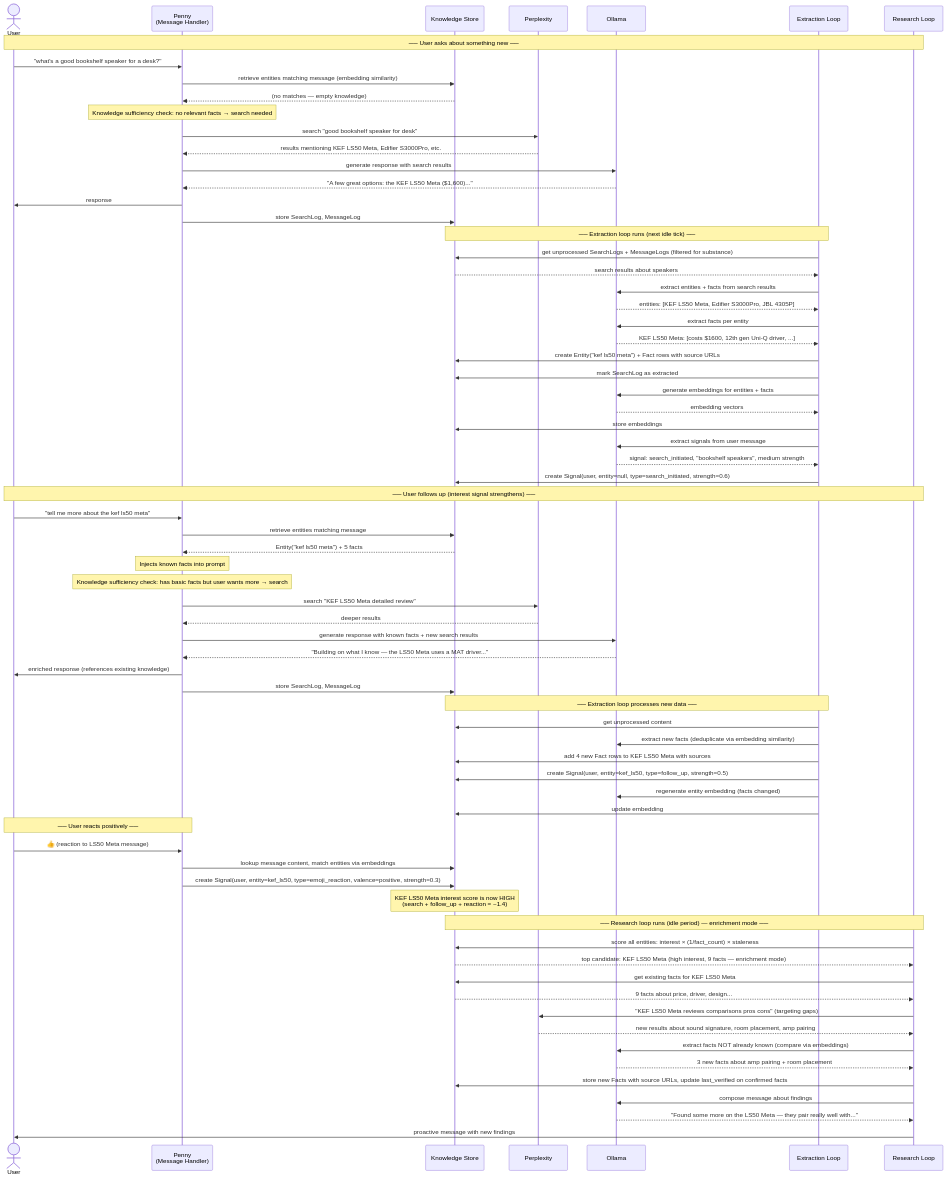
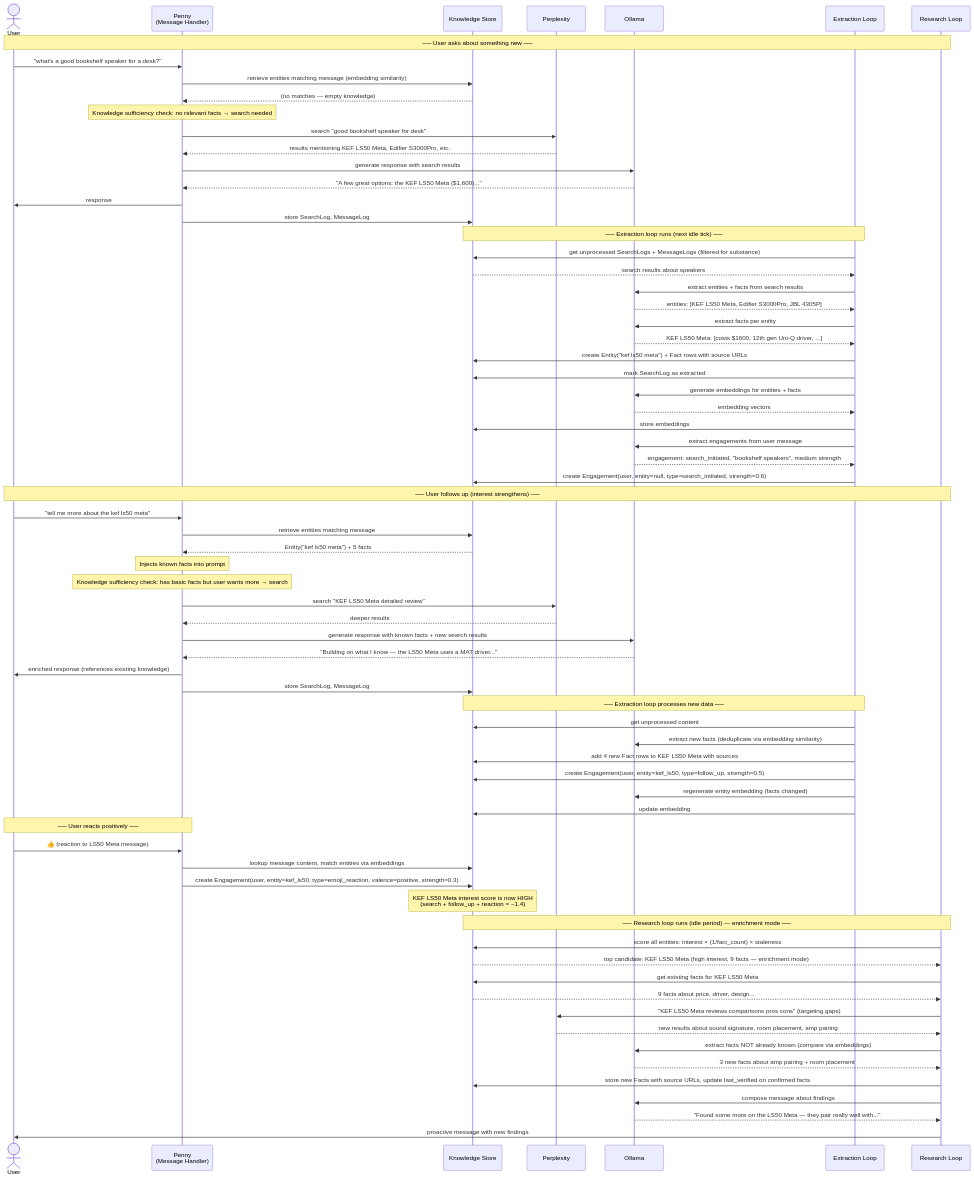
One commit to jaredlockhart/penny changed the first of 6 diagrams in docs/knowledge-system-flows.md. Above: the diagram before and after it, drawn with Mermaid. The commit also changed other lines of this file and 32 other files, not shown here.

```diff
--- a/docs/knowledge-system-flows.md
+++ b/docs/knowledge-system-flows.md
@@ -40,11 +40,11 @@
     Extract->>LLM: generate embeddings for entities + facts
     LLM-->>Extract: embedding vectors
     Extract->>DB: store embeddings
-    Extract->>LLM: extract signals from user message
-    LLM-->>Extract: signal: search_initiated, "bookshelf speakers", medium strength
-    Extract->>DB: create Signal(user, entity=null, type=search_initiated, strength=0.6)
+    Extract->>LLM: extract engagements from user message
+    LLM-->>Extract: engagement: search_initiated, "bookshelf speakers", medium strength
+    Extract->>DB: create Engagement(user, entity=null, type=search_initiated, strength=0.6)
 
-    Note over User,Research: ── User follows up (interest signal strengthens) ──
+    Note over User,Research: ── User follows up (interest strengthens) ──
 
     User->>Penny: "tell me more about the kef ls50 meta"
     Penny->>DB: retrieve entities matching message
@@ -63,7 +63,7 @@
     Extract->>DB: get unprocessed content
     Extract->>LLM: extract new facts (deduplicate via embedding similarity)
     Extract->>DB: add 4 new Fact rows to KEF LS50 Meta with sources
-    Extract->>DB: create Signal(user, entity=kef_ls50, type=follow_up, strength=0.5)
+    Extract->>DB: create Engagement(user, entity=kef_ls50, type=follow_up, strength=0.5)
     Extract->>LLM: regenerate entity embedding (facts changed)
     Extract->>DB: update embedding
 
@@ -71,7 +71,7 @@
 
     User->>Penny: 👍 (reaction to LS50 Meta message)
     Penny->>DB: lookup message content, match entities via embeddings
-    Penny->>DB: create Signal(user, entity=kef_ls50, type=emoji_reaction, valence=positive, strength=0.3)
+    Penny->>DB: create Engagement(user, entity=kef_ls50, type=emoji_reaction, valence=positive, strength=0.3)
 
     Note over DB: KEF LS50 Meta interest score is now HIGH<br/>(search + follow_up + reaction = ~1.4)
 
```
